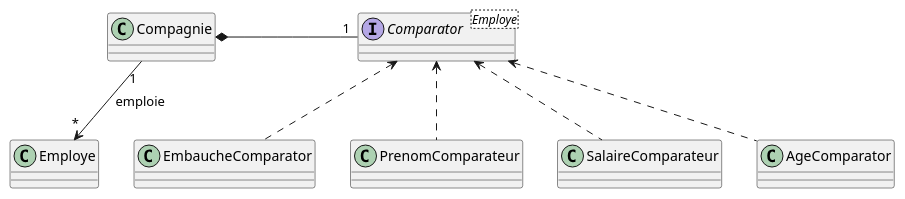
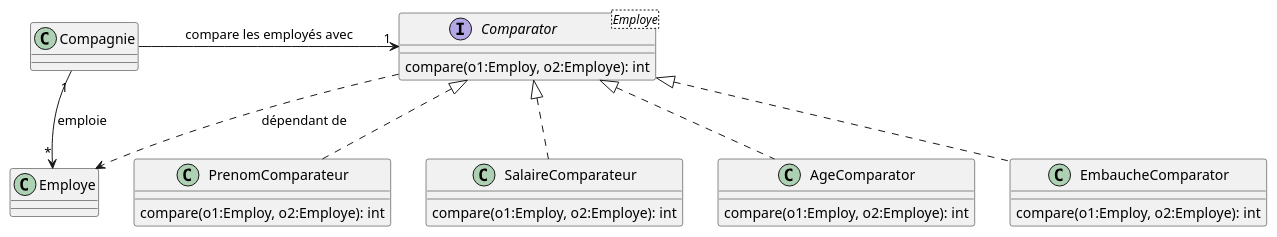
Before and after one commit to yvanross/LOG121-GOF-exemples: the first of 2 diagrams in src/main/java/Strategie/Comparator/README.puml, drawn with PlantUML. The commit also changed other lines of this file and 27 other files, not shown here.

```diff
--- a/src/main/java/Strategie/Comparator/README.puml
+++ b/src/main/java/Strategie/Comparator/README.puml
@@ -1,18 +1,30 @@
 @startuml diagramme de classe
 
-class AgeComparator{}
+class AgeComparator{
+     compare(o1:Employ, o2:Employe): int
+}
 class Compagnie{}
-Class EmbaucheComparator{}
+Class EmbaucheComparator{
+     compare(o1:Employ, o2:Employe): int
+}
 Class Employe{}
-Class PrenomComparateur{}
-Class SalaireComparateur{}
-Interface Comparator<Employe>{}
+Class PrenomComparateur{
+     compare(o1:Employ, o2:Employe): int
+}
+Class SalaireComparateur{
+     compare(o1:Employ, o2:Employe): int
+}
 
-AgeComparator .up-> Comparator
-EmbaucheComparator .up-> Comparator
-PrenomComparateur .up-> Comparator
-SalaireComparateur .up-> Comparator
+Interface Comparator<Employe>{
+    compare(o1:Employ, o2:Employe): int
+}
+
+AgeComparator .up-|> Comparator
+EmbaucheComparator .up-|> Comparator
+PrenomComparateur .up-|> Comparator
+SalaireComparateur .up-|> Comparator
 Compagnie "1" --> "*" Employe : emploie
-Compagnie  *-right- "1" Comparator
+Compagnie  -right-> "1" Comparator: compare les employés avec
+Comparator ..> Employe: dépendant de  
 
 @enduml
```
